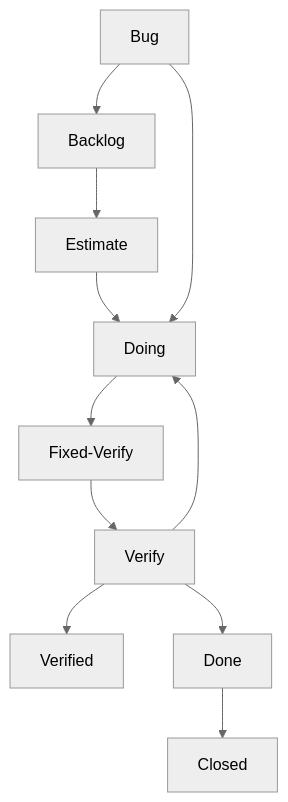
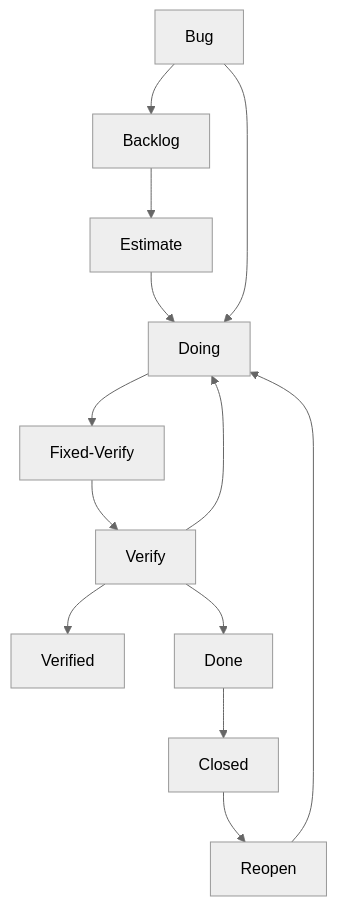
The second of 3 diagrams in .gitlab/labels-and-definitions.md (Betaoptics/ttos0100---2019-implementation), drawn with Mermaid (neutral theme) before and after one commit.

````diff
--- a/.gitlab/labels-and-definitions.md
+++ b/.gitlab/labels-and-definitions.md
@@ -76,13 +76,15 @@
 ```mermaid
 graph TD;
     Bug-->Backlog;
     Backlog-->Estimate;
     Estimate-->Doing;
     Bug-->Doing;
     Doing-->Fixed-Verify;
     Verify-->Verified;
     Fixed-Verify-->Verify;
     Verify-->Doing;
     Verify-->Done;
     Done-->Closed;
+    Closed-->Reopen;
+    Reopen-->Doing;
 ```
````
